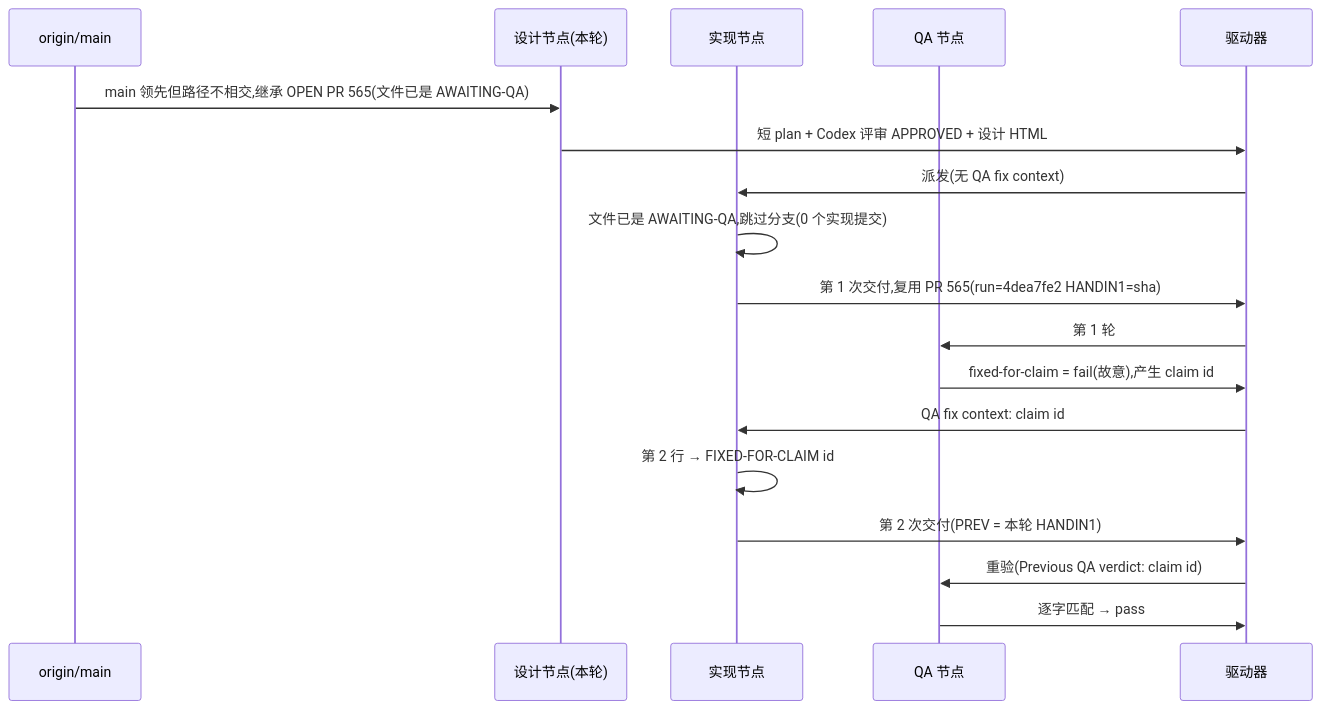
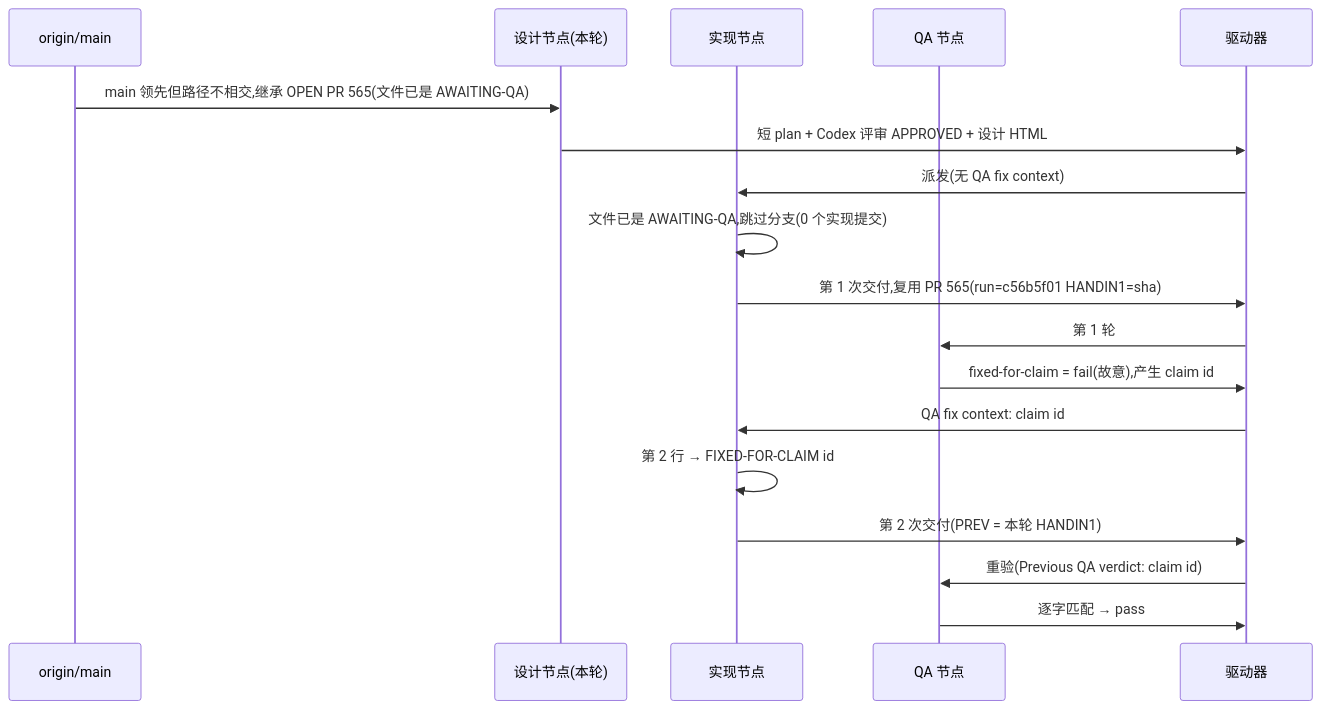
Before and after one commit to xrliAnnie/flywheel-qa-sandbox: the diagram in engineering/doc/FLY-3150-real-runner-drill/d1-core-flow.mmd, drawn with Mermaid. The commit also changed 3 other files, not shown here.

```diff
--- a/engineering/doc/FLY-3150-real-runner-drill/d1-core-flow.mmd
+++ b/engineering/doc/FLY-3150-real-runner-drill/d1-core-flow.mmd
@@ -1,18 +1,18 @@
 sequenceDiagram
     participant M as origin/main
     participant S as 设计节点(本轮)
     participant I as 实现节点
     participant Q as QA 节点
     participant D as 驱动器
     M->>S: main 领先但路径不相交,继承 OPEN PR 565(文件已是 AWAITING-QA)
     S->>D: 短 plan + Codex 评审 APPROVED + 设计 HTML
     D->>I: 派发(无 QA fix context)
     I->>I: 文件已是 AWAITING-QA,跳过分支(0 个实现提交)
-    I->>D: 第 1 次交付,复用 PR 565(run=4dea7fe2 HANDIN1=sha)
+    I->>D: 第 1 次交付,复用 PR 565(run=c56b5f01 HANDIN1=sha)
     D->>Q: 第 1 轮
     Q->>D: fixed-for-claim = fail(故意),产生 claim id
     D->>I: QA fix context: claim id
     I->>I: 第 2 行 → FIXED-FOR-CLAIM id
     I->>D: 第 2 次交付(PREV = 本轮 HANDIN1)
     D->>Q: 重验(Previous QA verdict: claim id)
     Q->>D: 逐字匹配 → pass
```
